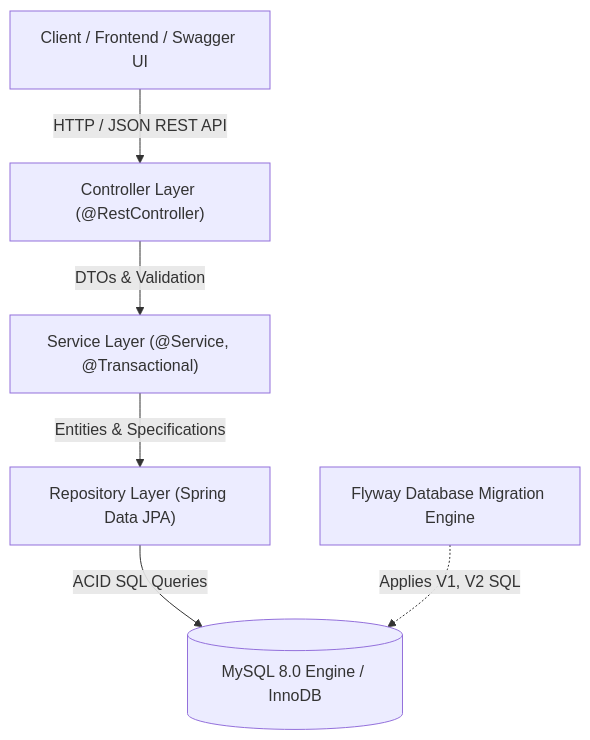
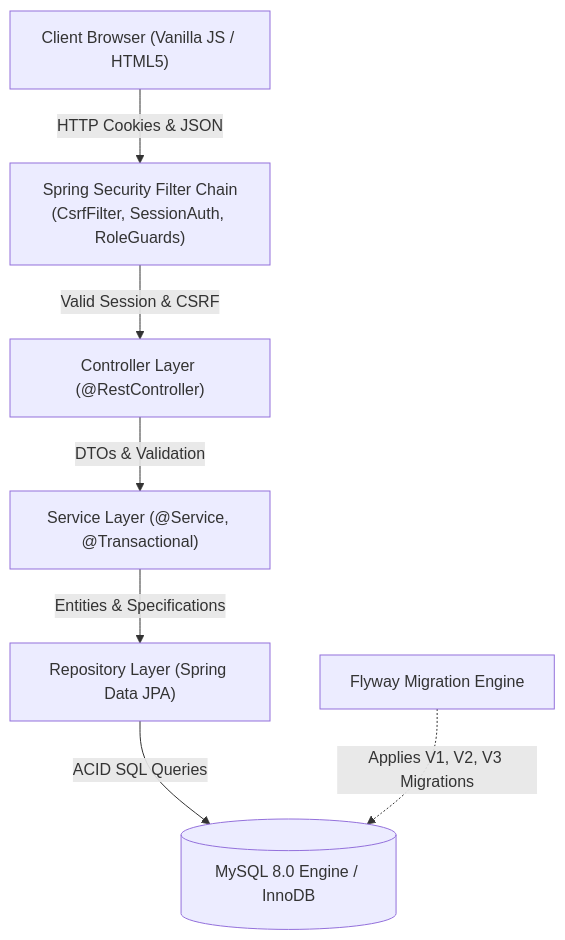
The diagram in README.md (AyushDhote08/shopsphere), drawn with Mermaid before and after one commit. The commit also changed other lines of this file and 31 other files, not shown here.

Commit message:
feat(security): implement Phase 2 session auth, BCrypt, CSRF, role guards, and auth UI

````diff
--- a/README.md
+++ b/README.md
@@ -9,8 +9,9 @@
 ```mermaid
 flowchart TD
-    Client["Client / Frontend / Swagger UI"] -->|HTTP / JSON REST API| Controller["Controller Layer (@RestController)"]
+    Client["Client Browser (Vanilla JS / HTML5)"] -->|HTTP Cookies & JSON| SecFilter["Spring Security Filter Chain\n(CsrfFilter, SessionAuth, RoleGuards)"]
+    SecFilter -->|Valid Session & CSRF| Controller["Controller Layer (@RestController)"]
     Controller -->|DTOs & Validation| Service["Service Layer (@Service, @Transactional)"]
     Service -->|Entities & Specifications| Repository["Repository Layer (Spring Data JPA)"]
     Repository -->|ACID SQL Queries| Database[(MySQL 8.0 Engine / InnoDB)]
-    Flyway["Flyway Database Migration Engine"] -.->|Applies V1, V2 SQL| Database
+    Flyway["Flyway Migration Engine"] -.->|Applies V1, V2, V3 Migrations| Database
 ```
````
